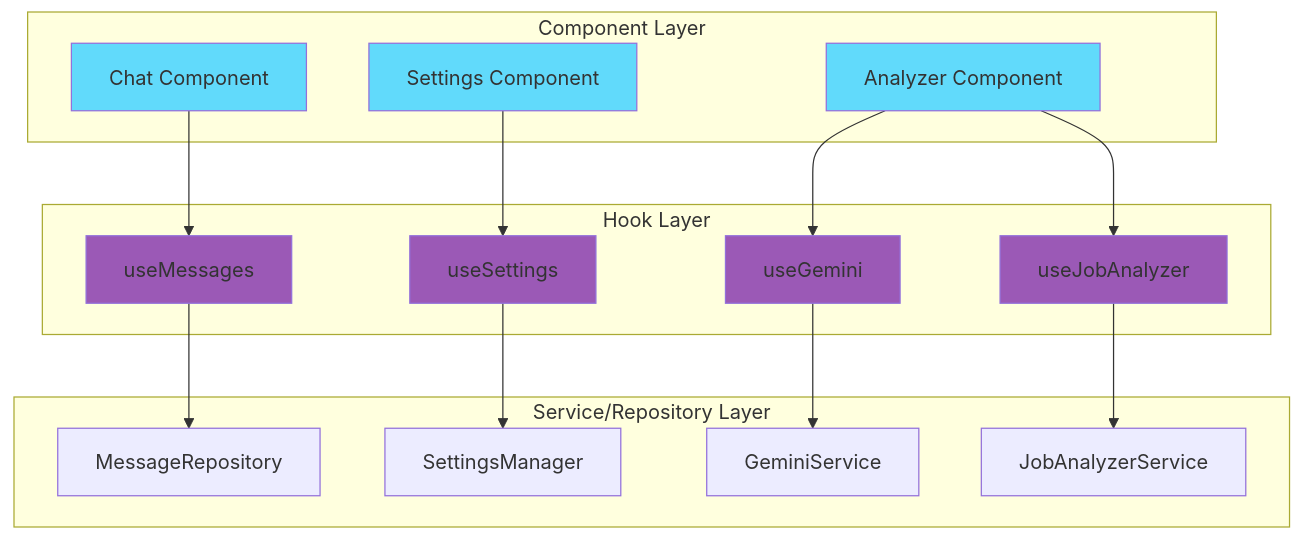
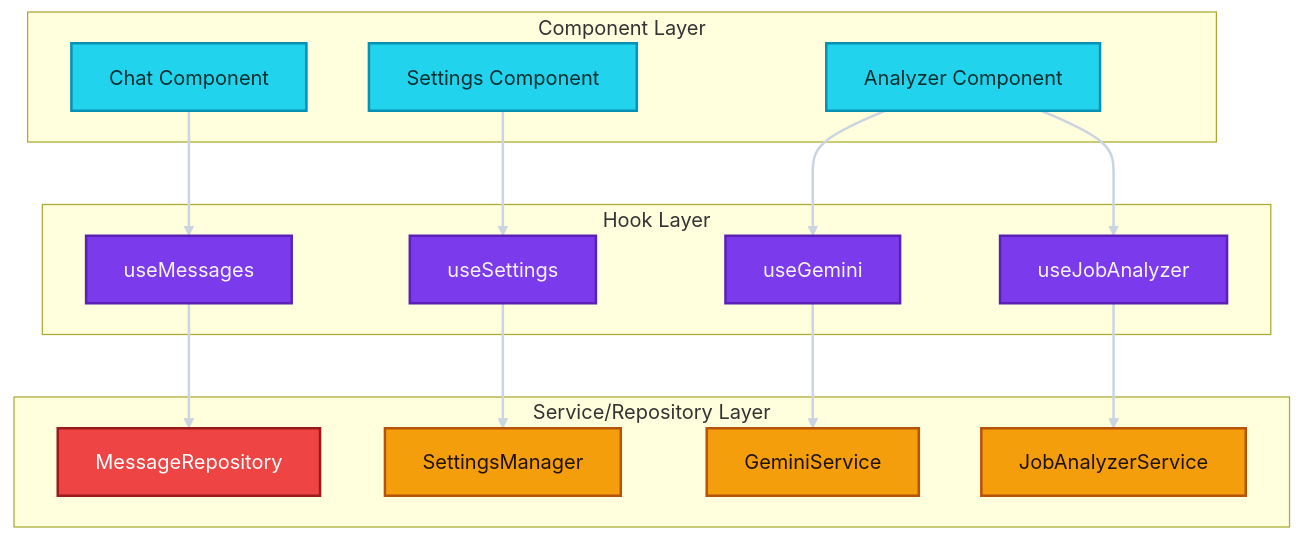
The diagram in docs/HOOKS.md (Xeze-org/Anie-Frontend), drawn with Mermaid before and after one commit. The commit also changed 5 other files, not shown here.

Commit message:
Update documentation styles across architecture, components, hooks, repositories, and services

````diff
--- a/docs/HOOKS.md
+++ b/docs/HOOKS.md
@@ -14,40 +14,45 @@
 ```mermaid
 graph TB
     subgraph "Component Layer"
         A[Chat Component]
         B[Settings Component]
         C[Analyzer Component]
     end
     
     subgraph "Hook Layer"
         D[useMessages]
         E[useSettings]
         F[useGemini]
         G[useJobAnalyzer]
     end
     
     subgraph "Service/Repository Layer"
         H[MessageRepository]
         I[SettingsManager]
         J[GeminiService]
         K[JobAnalyzerService]
     end
     
     A --> D
     B --> E
     C --> F
     C --> G
     
     D --> H
     E --> I
     F --> J
     G --> K
     
-    style A fill:#61dafb
-    style B fill:#61dafb
-    style C fill:#61dafb
-    style D fill:#9b59b6
-    style E fill:#9b59b6
-    style F fill:#9b59b6
-    style G fill:#9b59b6
+    style A fill:#22d3ee,stroke:#0891b2,stroke-width:2px,color:#042f2e
+    style B fill:#22d3ee,stroke:#0891b2,stroke-width:2px,color:#042f2e
+    style C fill:#22d3ee,stroke:#0891b2,stroke-width:2px,color:#042f2e
+    style D fill:#7c3aed,stroke:#5b21b6,stroke-width:2px,color:#f5f3ff
+    style E fill:#7c3aed,stroke:#5b21b6,stroke-width:2px,color:#f5f3ff
+    style F fill:#7c3aed,stroke:#5b21b6,stroke-width:2px,color:#f5f3ff
+    style G fill:#7c3aed,stroke:#5b21b6,stroke-width:2px,color:#f5f3ff
+    style H fill:#ef4444,stroke:#991b1b,stroke-width:2px,color:#ffffff
+    style I fill:#f59e0b,stroke:#b45309,stroke-width:2px,color:#1f1300
+    style J fill:#f59e0b,stroke:#b45309,stroke-width:2px,color:#1f1300
+    style K fill:#f59e0b,stroke:#b45309,stroke-width:2px,color:#1f1300
+    linkStyle default stroke:#cbd5e1,stroke-width:2px
 ```
````
